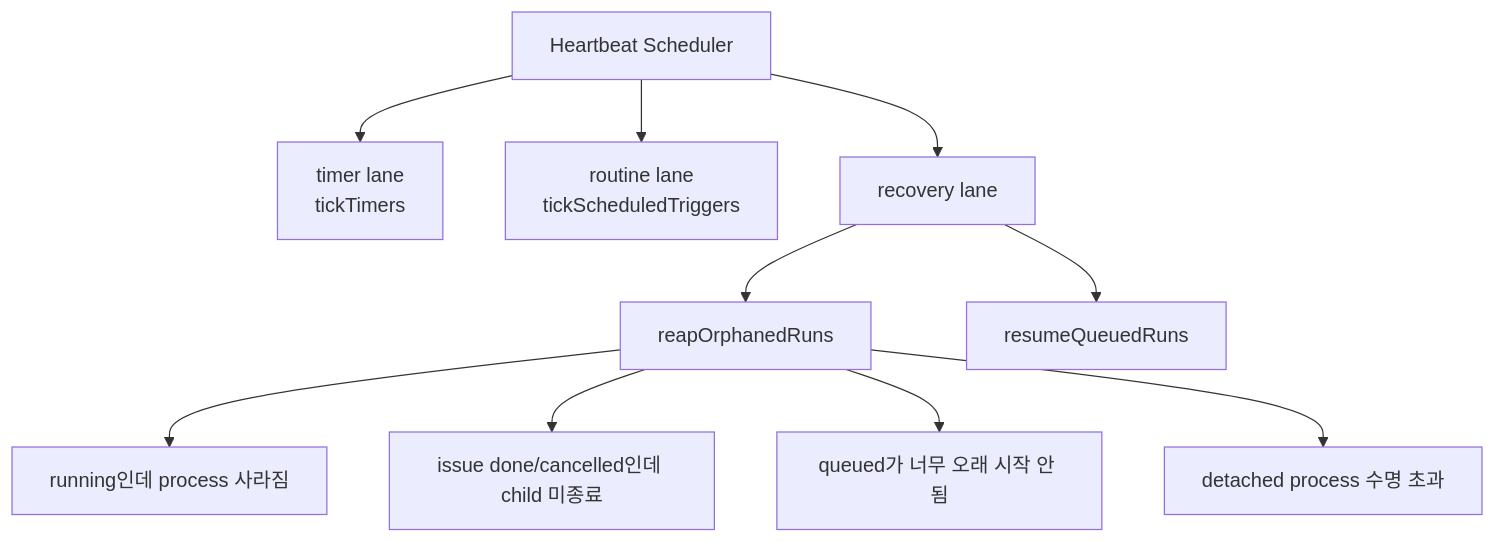
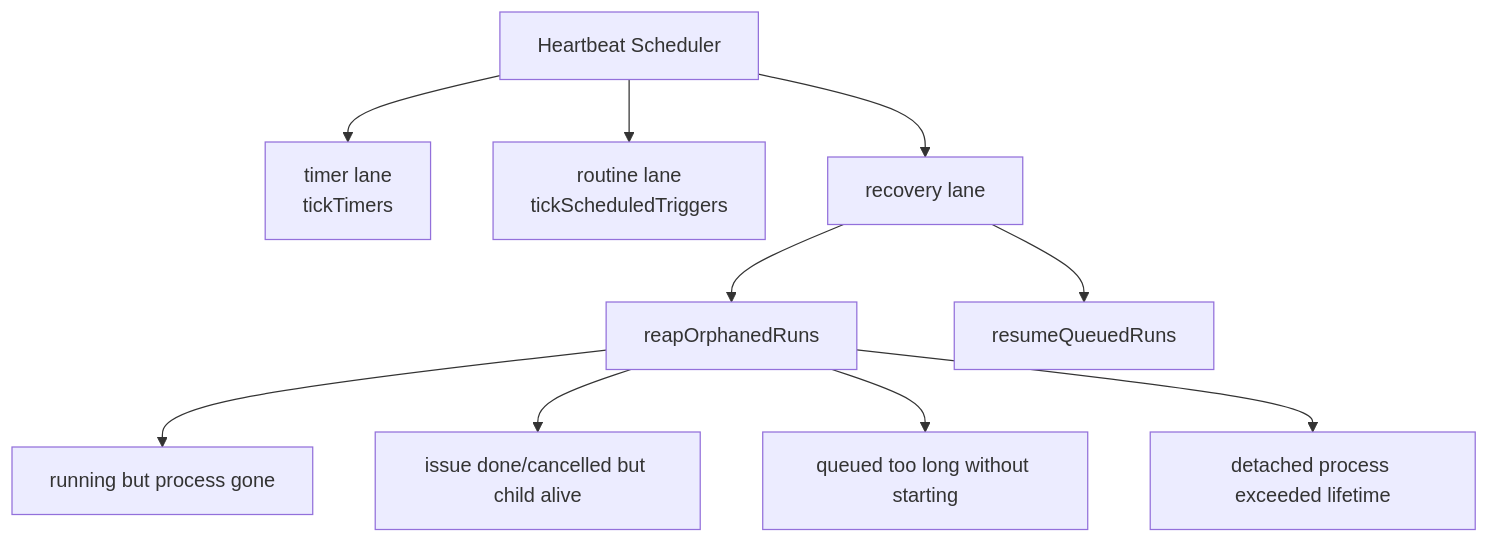
Before and after one commit to insightflo/papercompany-runtime: the eighth of 17 diagrams in docs/guides/agent-developer/mission-workflow-runtime.md, drawn with Mermaid. The commit also changed other lines of this file and 173 other files, not shown here.

````diff
--- a/docs/guides/agent-developer/mission-workflow-runtime.md
+++ b/docs/guides/agent-developer/mission-workflow-runtime.md
@@ -255,13 +212,13 @@
 ```mermaid
 flowchart TD
   Scheduler["Heartbeat Scheduler"] --> Timer["timer lane\ntickTimers"]
   Scheduler --> Routine["routine lane\ntickScheduledTriggers"]
   Scheduler --> Recovery["recovery lane"]
   Recovery --> Reap["reapOrphanedRuns"]
   Recovery --> Resume["resumeQueuedRuns"]
 
-  Reap --> A["running인데 process 사라짐"]
-  Reap --> B["issue done/cancelled인데 child 미종료"]
-  Reap --> C["queued가 너무 오래 시작 안 됨"]
-  Reap --> D["detached process 수명 초과"]
+  Reap --> A["running but process gone"]
+  Reap --> B["issue done/cancelled but child alive"]
+  Reap --> C["queued too long without starting"]
+  Reap --> D["detached process exceeded lifetime"]
 ```
````
